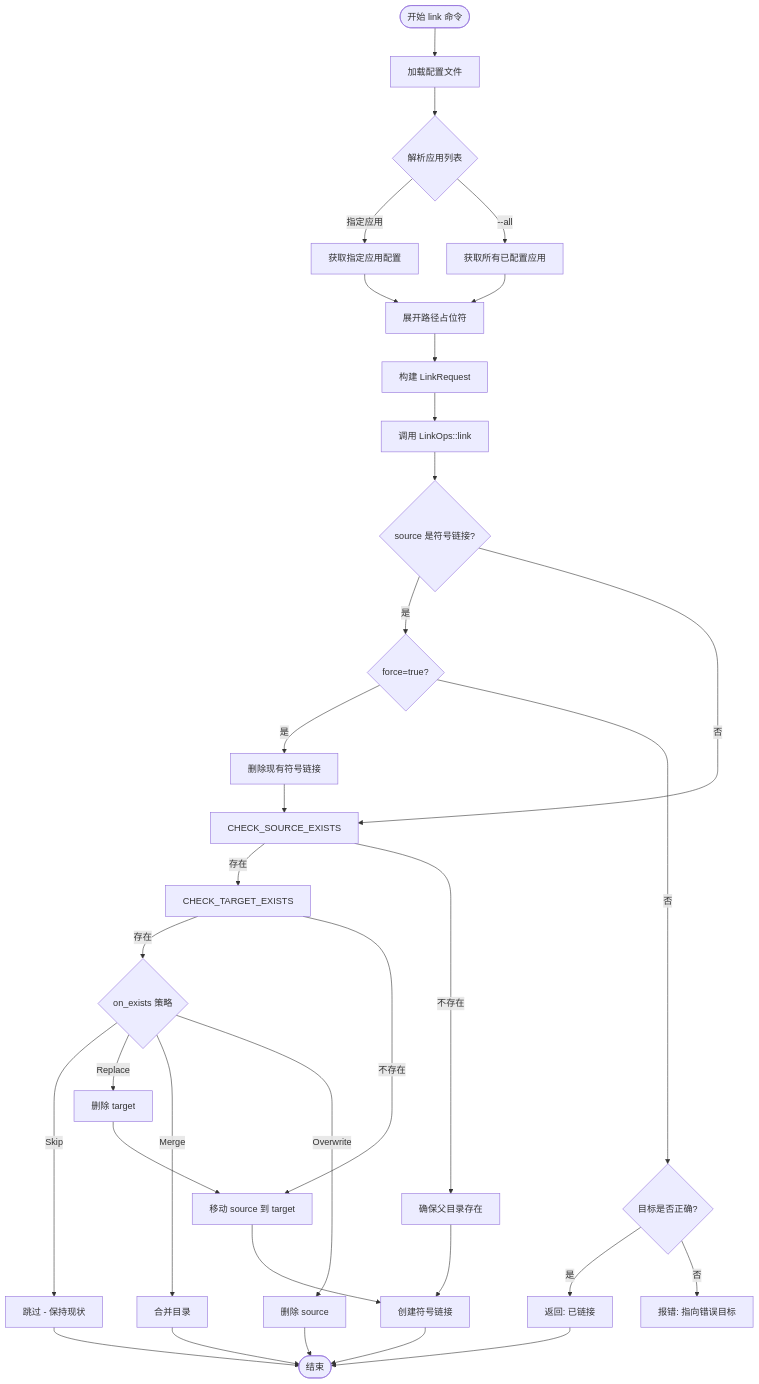
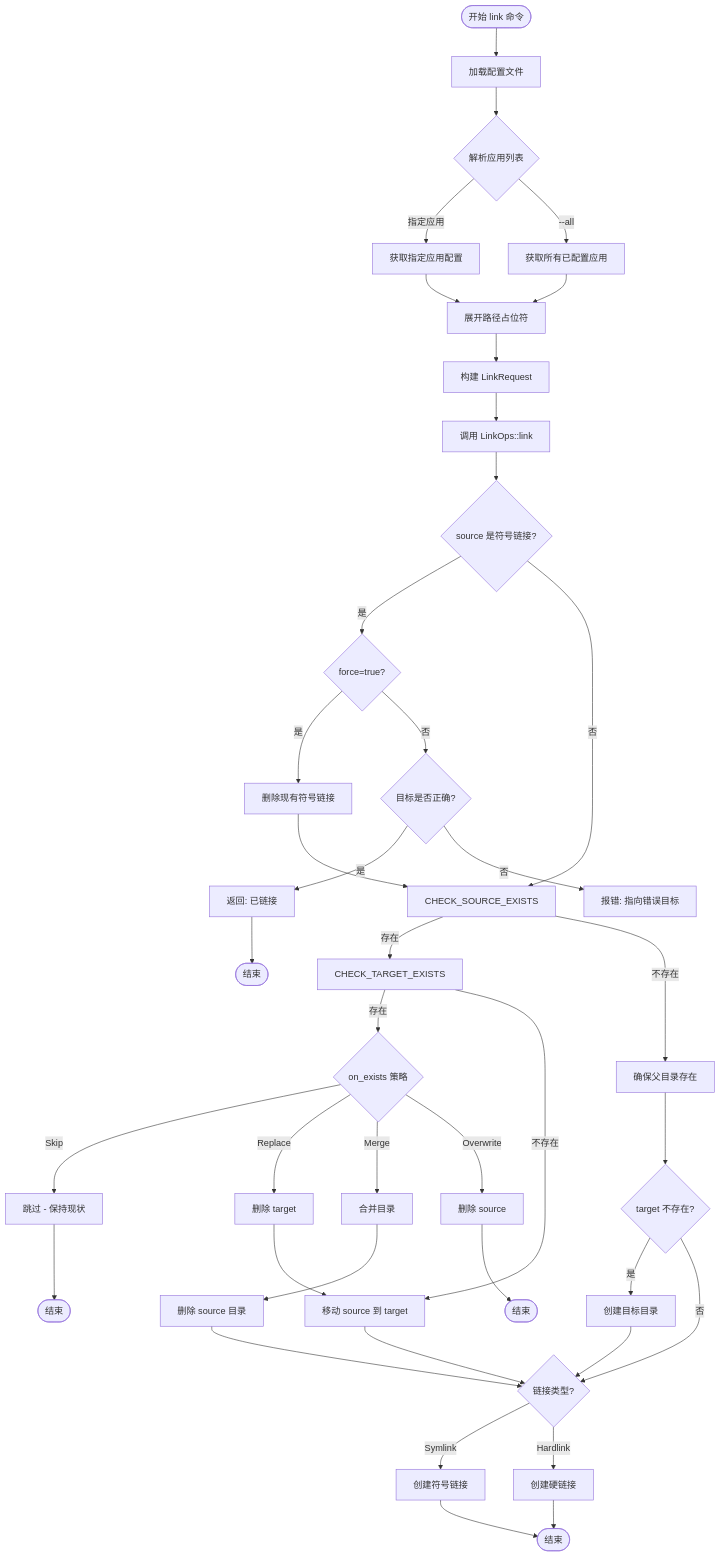
One commit to morning-start/link-disk changed the first of 7 diagrams in docs/workflows.md. Above: the diagram before and after it, drawn with Mermaid. The commit also changed other lines of this file and 3 other files, not shown here.

````diff
--- a/docs/workflows.md
+++ b/docs/workflows.md
@@ -17,35 +17,42 @@
 ```mermaid
 flowchart TD
     START([开始 link 命令]) --> LOAD_CONFIG[加载配置文件]
     LOAD_CONFIG --> PARSE_APPS{解析应用列表}
     PARSE_APPS -->|指定应用| GET_APP[获取指定应用配置]
     PARSE_APPS -->|--all| GET_ALL_APPS[获取所有已配置应用]
     GET_APP --> EXPAND_PATHS
     GET_ALL_APPS --> EXPAND_PATHS[展开路径占位符]
     EXPAND_PATHS --> BUILD_REQUEST[构建 LinkRequest]
     BUILD_REQUEST --> LINK_OPS[调用 LinkOps::link]
     LINK_OPS --> CHECK_SYMLINK{source 是符号链接?}
     CHECK_SYMLINK -->|是| CHECK_FORCE{force=true?}
     CHECK_SYMLINK -->|否| CHECK_SOURCE_EXISTS
     CHECK_FORCE -->|是| REMOVE_SYMLINK[删除现有符号链接]
     REMOVE_SYMLINK --> CHECK_SOURCE_EXISTS
     CHECK_FORCE -->|否| CHECK_SYMLINK_TARGET{目标是否正确?}
     CHECK_SYMLINK_TARGET -->|是| ALREADY_LINKED[返回: 已链接]
     CHECK_SYMLINK_TARGET -->|否| ERROR_WRONG_TARGET[报错: 指向错误目标]
     CHECK_SOURCE_EXISTS -->|存在| CHECK_TARGET_EXISTS
     CHECK_SOURCE_EXISTS -->|不存在| ENSURE_PARENT[确保父目录存在]
     CHECK_TARGET_EXISTS -->|存在| ON_EXISTS_STRATEGY{on_exists 策略}
     CHECK_TARGET_EXISTS -->|不存在| MOVE_SOURCE[移动 source 到 target]
     ON_EXISTS_STRATEGY -->|Skip| SKIP[跳过 - 保持现状]
     ON_EXISTS_STRATEGY -->|Replace| REMOVE_TARGET[删除 target]
     ON_EXISTS_STRATEGY -->|Merge| MERGE_DIRS[合并目录]
     ON_EXISTS_STRATEGY -->|Overwrite| REMOVE_SOURCE[删除 source]
     REMOVE_TARGET --> MOVE_SOURCE
-    MERGE_DIRS --> END
+    MERGE_DIRS --> REMOVE_SOURCE_DIR[删除 source 目录]
+    REMOVE_SOURCE_DIR --> CREATE_LINK
     REMOVE_SOURCE --> END([结束])
-    ENSURE_PARENT --> CREATE_SYMLINK
-    MOVE_SOURCE --> CREATE_SYMLINK[创建符号链接]
-    CREATE_SYMLINK --> END
-    SKIP --> END
-    ALREADY_LINKED --> END
+    ENSURE_PARENT --> CREATE_TARGET_DIR{target 不存在?}
+    CREATE_TARGET_DIR -->|是| CREATE_DIR[创建目标目录]
+    CREATE_TARGET_DIR -->|否| CREATE_LINK
+    CREATE_DIR --> CREATE_LINK
+    MOVE_SOURCE --> CREATE_LINK{链接类型?}
+    CREATE_LINK -->|Symlink| CREATE_SYMLINK[创建符号链接]
+    CREATE_LINK -->|Hardlink| CREATE_HARDLINK[创建硬链接]
+    CREATE_SYMLINK --> END_SUCCESS([结束])
+    CREATE_HARDLINK --> END_SUCCESS
+    SKIP --> END_SKIP([结束])
+    ALREADY_LINKED --> END_ALREADY([结束])
 ```
````
